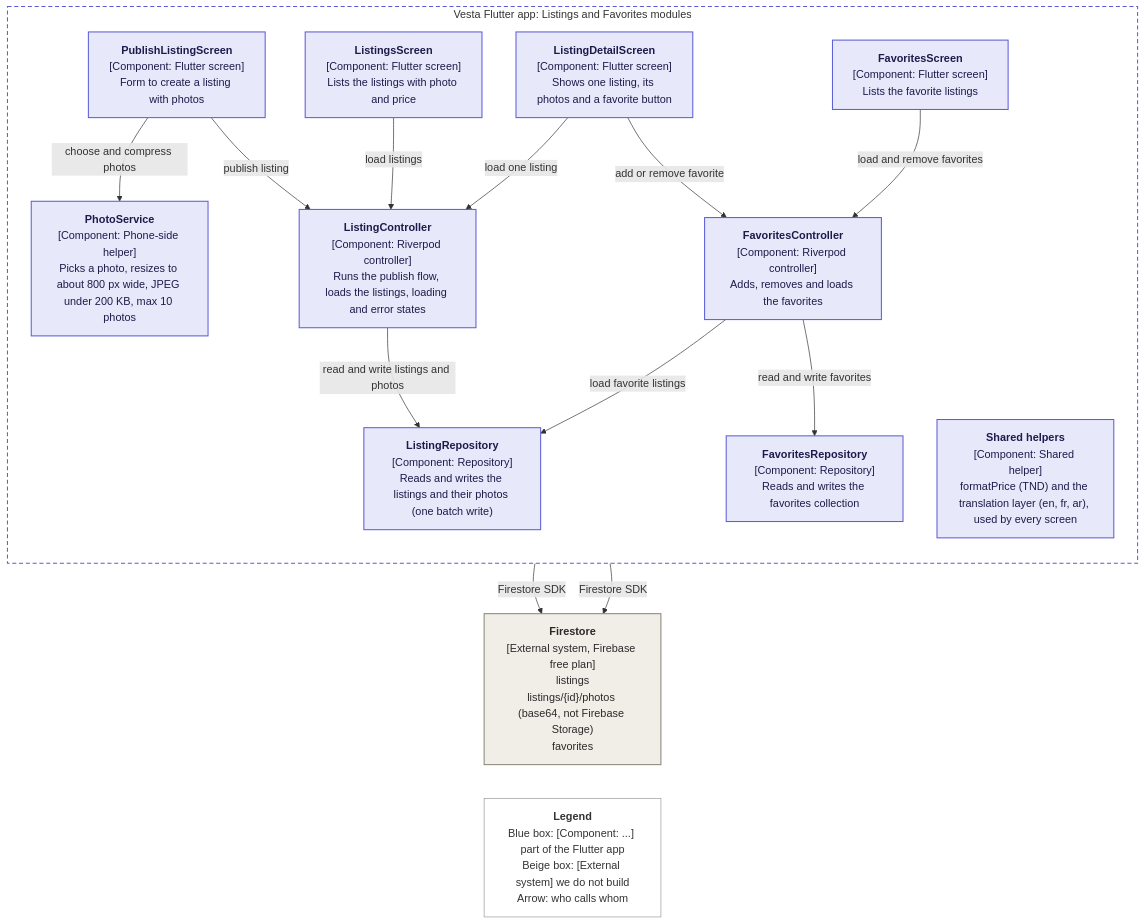
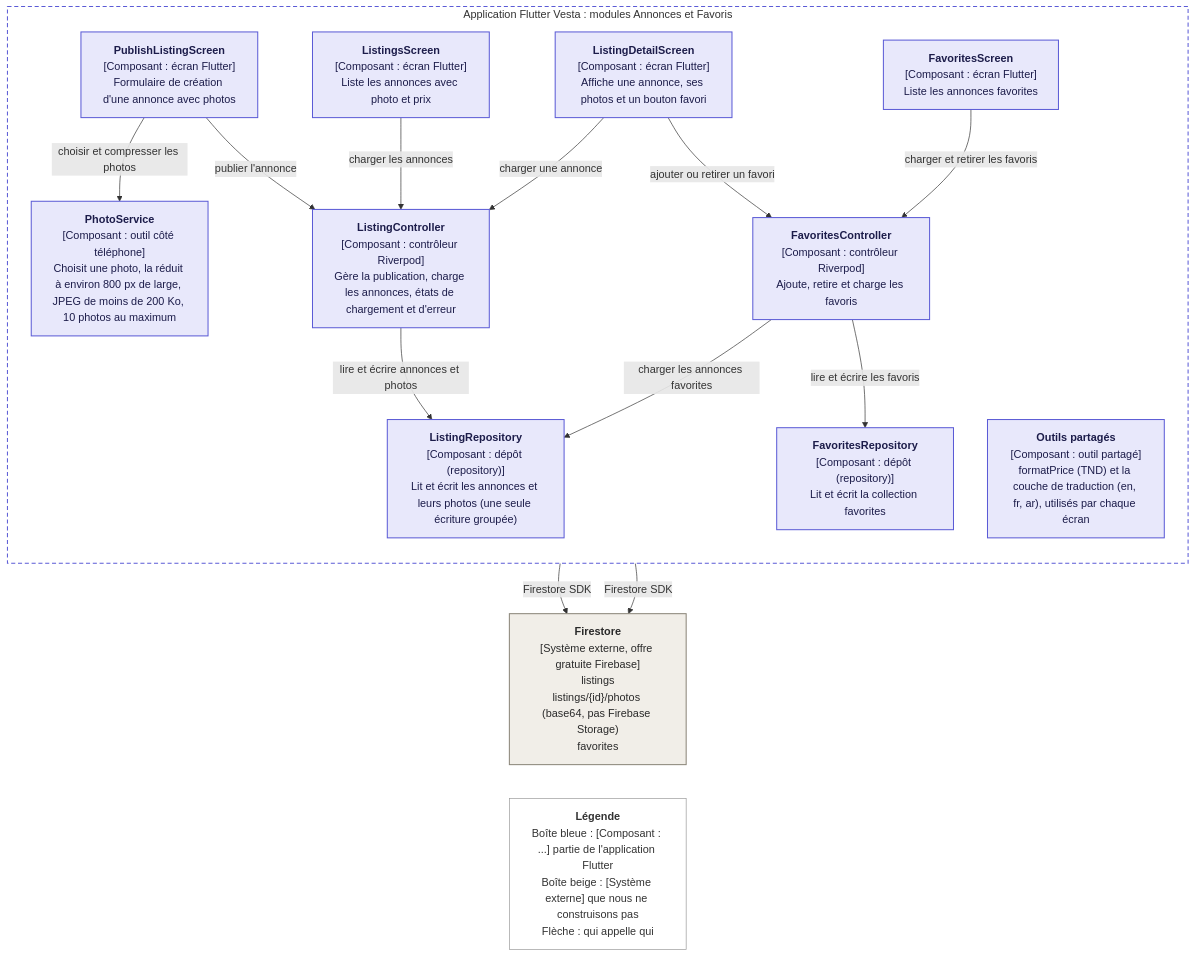
The diagram in docs/c4/level3-listings-favorites.mmd (saadaouiMahmoud55/vesta), drawn with Mermaid before and after one commit. The commit also changed 33 other files, not shown here.

Commit message:
docs: diagrammes C4 en français, nouveaux diagrammes UML, modèle de données et user stories en français [VST-57]

```diff
--- a/docs/c4/level3-listings-favorites.mmd
+++ b/docs/c4/level3-listings-favorites.mmd
@@ -1,46 +1,46 @@
-%% C4 level 3: Listings and Favorites components of the Flutter app (VST-28)
-%% Rule: Screen -> Controller -> Repository -> Firebase. A screen never talks to Firebase directly.
+%% C4 niveau 3 : composants Annonces et Favoris de l'application Flutter (VST-28)
+%% Règle : Écran -> Contrôleur -> Dépôt -> Firebase. Un écran ne parle jamais à Firebase directement.
 flowchart TB
-  subgraph APP["Vesta Flutter app: Listings and Favorites modules"]
+  subgraph APP["Application Flutter Vesta : modules Annonces et Favoris"]
     direction TB
-    PublishScreen["<b>PublishListingScreen</b><br/>[Component: Flutter screen]<br/>Form to create a listing with photos"]
-    ListScreen["<b>ListingsScreen</b><br/>[Component: Flutter screen]<br/>Lists the listings with photo and price"]
-    DetailScreen["<b>ListingDetailScreen</b><br/>[Component: Flutter screen]<br/>Shows one listing, its photos and a favorite button"]
-    FavScreen["<b>FavoritesScreen</b><br/>[Component: Flutter screen]<br/>Lists the favorite listings"]
-    Shared["<b>Shared helpers</b><br/>[Component: Shared helper]<br/>formatPrice (TND) and the translation layer (en, fr, ar), used by every screen"]
+    PublishScreen["<b>PublishListingScreen</b><br/>[Composant : écran Flutter]<br/>Formulaire de création d'une annonce avec photos"]
+    ListScreen["<b>ListingsScreen</b><br/>[Composant : écran Flutter]<br/>Liste les annonces avec photo et prix"]
+    DetailScreen["<b>ListingDetailScreen</b><br/>[Composant : écran Flutter]<br/>Affiche une annonce, ses photos et un bouton favori"]
+    FavScreen["<b>FavoritesScreen</b><br/>[Composant : écran Flutter]<br/>Liste les annonces favorites"]
+    Shared["<b>Outils partagés</b><br/>[Composant : outil partagé]<br/>formatPrice (TND) et la couche de traduction (en, fr, ar), utilisés par chaque écran"]
 
-    Photo["<b>PhotoService</b><br/>[Component: Phone-side helper]<br/>Picks a photo, resizes to about 800 px wide, JPEG under 200 KB, max 10 photos"]
-    ListC["<b>ListingController</b><br/>[Component: Riverpod controller]<br/>Runs the publish flow, loads the listings, loading and error states"]
-    FavC["<b>FavoritesController</b><br/>[Component: Riverpod controller]<br/>Adds, removes and loads the favorites"]
+    Photo["<b>PhotoService</b><br/>[Composant : outil côté téléphone]<br/>Choisit une photo, la réduit à environ 800 px de large, JPEG de moins de 200 Ko, 10 photos au maximum"]
+    ListC["<b>ListingController</b><br/>[Composant : contrôleur Riverpod]<br/>Gère la publication, charge les annonces, états de chargement et d'erreur"]
+    FavC["<b>FavoritesController</b><br/>[Composant : contrôleur Riverpod]<br/>Ajoute, retire et charge les favoris"]
 
-    ListR["<b>ListingRepository</b><br/>[Component: Repository]<br/>Reads and writes the listings and their photos (one batch write)"]
-    FavR["<b>FavoritesRepository</b><br/>[Component: Repository]<br/>Reads and writes the favorites collection"]
+    ListR["<b>ListingRepository</b><br/>[Composant : dépôt (repository)]<br/>Lit et écrit les annonces et leurs photos (une seule écriture groupée)"]
+    FavR["<b>FavoritesRepository</b><br/>[Composant : dépôt (repository)]<br/>Lit et écrit la collection favorites"]
   end
 
-  FStore["<b>Firestore</b><br/>[External system, Firebase free plan]<br/>listings<br/>listings/{id}/photos (base64, not Firebase Storage)<br/>favorites"]
+  FStore["<b>Firestore</b><br/>[Système externe, offre gratuite Firebase]<br/>listings<br/>listings/{id}/photos (base64, pas Firebase Storage)<br/>favorites"]
 
-  Legend["<b>Legend</b><br/>Blue box: [Component: ...] part of the Flutter app<br/>Beige box: [External system] we do not build<br/>Arrow: who calls whom"]
+  Legend["<b>Légende</b><br/>Boîte bleue : [Composant : ...] partie de l'application Flutter<br/>Boîte beige : [Système externe] que nous ne construisons pas<br/>Flèche : qui appelle qui"]
 
-  PublishScreen -->|"choose and compress photos"| Photo
-  PublishScreen -->|"publish listing"| ListC
-  ListScreen -->|"load listings"| ListC
-  DetailScreen -->|"load one listing"| ListC
-  DetailScreen -->|"add or remove favorite"| FavC
-  FavScreen -->|"load and remove favorites"| FavC
+  PublishScreen -->|"choisir et compresser les photos"| Photo
+  PublishScreen -->|"publier l'annonce"| ListC
+  ListScreen -->|"charger les annonces"| ListC
+  DetailScreen -->|"charger une annonce"| ListC
+  DetailScreen -->|"ajouter ou retirer un favori"| FavC
+  FavScreen -->|"charger et retirer les favoris"| FavC
 
-  ListC -->|"read and write listings and photos"| ListR
-  FavC -->|"load favorite listings"| ListR
-  FavC -->|"read and write favorites"| FavR
+  ListC -->|"lire et écrire annonces et photos"| ListR
+  FavC -->|"charger les annonces favorites"| ListR
+  FavC -->|"lire et écrire les favoris"| FavR
 
   ListR -->|"Firestore SDK"| FStore
   FavR -->|"Firestore SDK"| FStore
 
   FStore ~~~ Legend
 
   classDef component fill:#e8e8fb,stroke:#5b5bd6,stroke-width:1.5px,color:#1c1c4a;
   classDef external fill:#f1eee8,stroke:#8a8578,stroke-width:1.5px,color:#2a2a2a;
   classDef legend fill:#ffffff,stroke:#999999,stroke-width:1px,color:#333333;
   class ListScreen,DetailScreen,PublishScreen,FavScreen,Photo,ListC,FavC,ListR,FavR,Shared component;
   class FStore external;
   class Legend legend;
   style APP fill:#ffffff,stroke:#5b5bd6,stroke-width:1.5px,stroke-dasharray:6 4;
```
